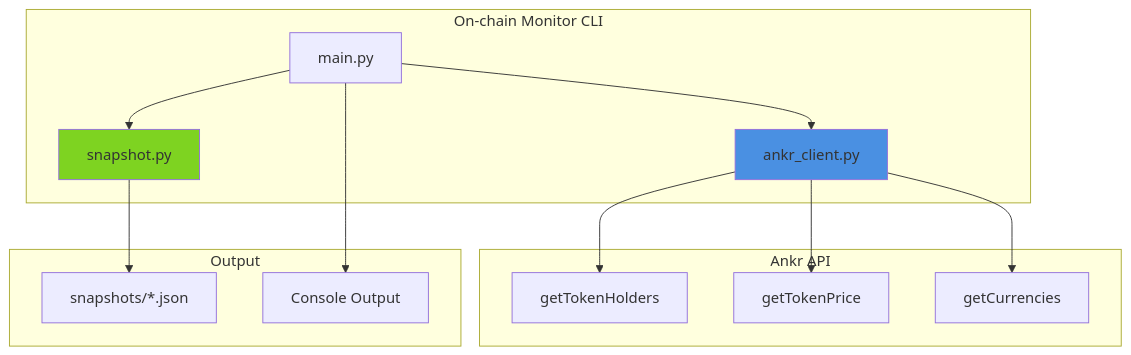
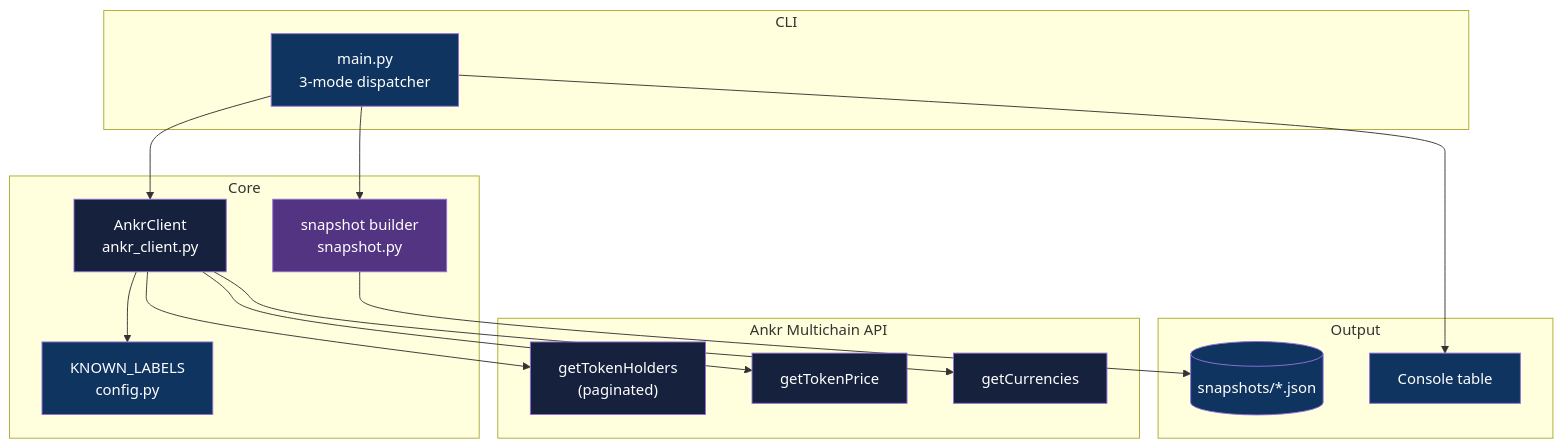
Before and after one commit to adityonugrohoid/ratu-onchain-monitor: the diagram in README.md, drawn with Mermaid. The commit also changed other lines of this file, not shown here.

````diff
--- a/README.md
+++ b/README.md
@@ -122,27 +61,42 @@
 ```mermaid
-flowchart TB
-    subgraph "On-chain Monitor CLI"
-        MAIN["main.py"]
-        SNAPSHOT["snapshot.py"]
-        CLIENT["ankr_client.py"]
+graph TD
+    subgraph CLI
+        MAIN["main.py<br/>3-mode dispatcher"]
     end
-    
-    subgraph "Ankr API"
-        HOLDERS["getTokenHolders"]
+
+    subgraph Core
+        CLIENT["AnkrClient<br/>ankr_client.py"]
+        SNAP["snapshot builder<br/>snapshot.py"]
+        LABELS["KNOWN_LABELS<br/>config.py"]
+    end
+
+    subgraph "Ankr Multichain API"
+        HOLDERS["getTokenHolders<br/>(paginated)"]
         PRICE["getTokenPrice"]
         META["getCurrencies"]
     end
-    
-    subgraph "Output"
-        JSON["snapshots/*.json"]
-        CONSOLE["Console Output"]
+
+    subgraph Output
+        JSON[("snapshots/*.json")]
+        CONSOLE["Console table"]
     end
-    
-    MAIN --> SNAPSHOT & CLIENT
-    CLIENT --> HOLDERS & PRICE & META
-    SNAPSHOT --> JSON
+
+    MAIN --> CLIENT
+    MAIN --> SNAP
+    CLIENT --> HOLDERS
+    CLIENT --> PRICE
+    CLIENT --> META
+    CLIENT --> LABELS
+    SNAP --> JSON
     MAIN --> CONSOLE
-    
-    style CLIENT fill:#4A90E2
-    style SNAPSHOT fill:#7ED321
+
+    style MAIN fill:#0f3460,color:#fff
+    style CLIENT fill:#16213e,color:#fff
+    style SNAP fill:#533483,color:#fff
+    style LABELS fill:#0f3460,color:#fff
+    style HOLDERS fill:#16213e,color:#fff
+    style PRICE fill:#16213e,color:#fff
+    style META fill:#16213e,color:#fff
+    style JSON fill:#0f3460,color:#fff
+    style CONSOLE fill:#0f3460,color:#fff
 ```
````
